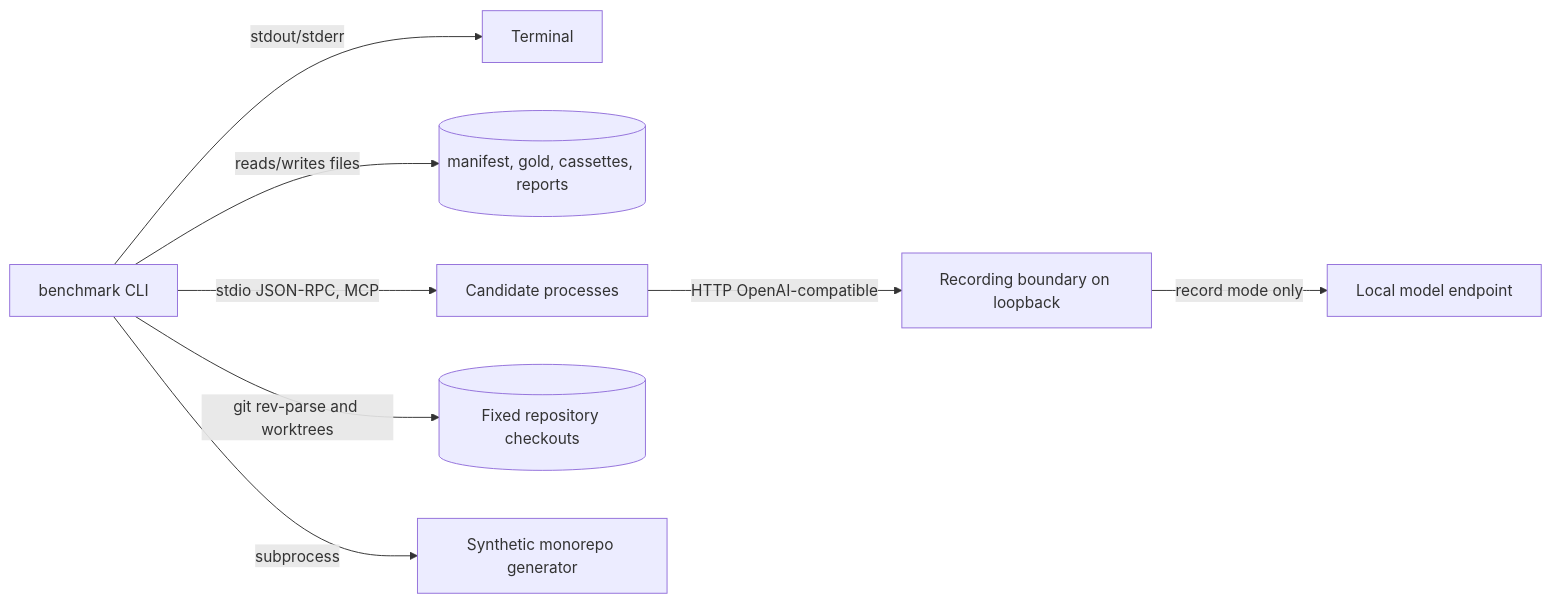
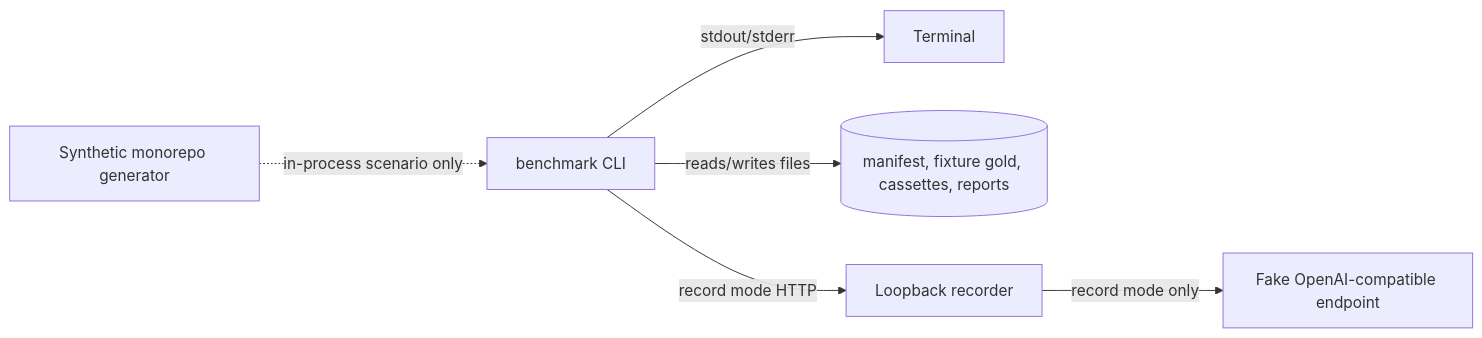
Before and after one commit to kressnerd/ortsinn: the second of 2 diagrams in docs/arc42/03-context-and-scope.md, drawn with Mermaid. The commit also changed other lines of this file and 29 other files, not shown here.

First line of the commit message:
docs(benchmark): record the fixture split and hardened review

````diff
--- a/docs/arc42/03-context-and-scope.md
+++ b/docs/arc42/03-context-and-scope.md
@@ -32,10 +37,8 @@
 ```mermaid
 flowchart LR
     CLI[benchmark CLI] -->|stdout/stderr| T[Terminal]
-    CLI -->|reads/writes files| FS[(manifest, gold, cassettes, reports)]
-    CLI -->|stdio JSON-RPC, MCP| CAND[Candidate processes]
-    CAND -->|HTTP OpenAI-compatible| REC[Recording boundary on loopback]
-    REC -->|record mode only| END[Local model endpoint]
-    CLI -->|git rev-parse and worktrees| REPO[(Fixed repository checkouts)]
-    CLI -->|subprocess| GEN[Synthetic monorepo generator]
+    CLI -->|reads/writes files| FS[(manifest, fixture gold, cassettes, reports)]
+    CLI -->|record mode HTTP| REC[Loopback recorder]
+    REC -->|record mode only| END[Fake OpenAI-compatible endpoint]
+    GEN[Synthetic monorepo generator] -.->|in-process scenario only| CLI
 ```
````
